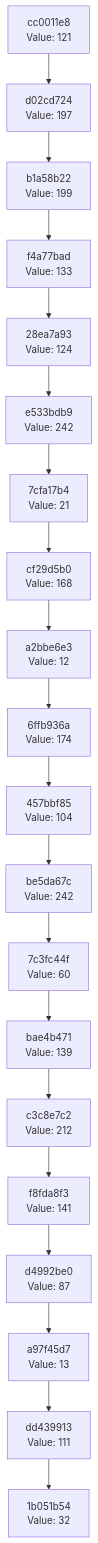
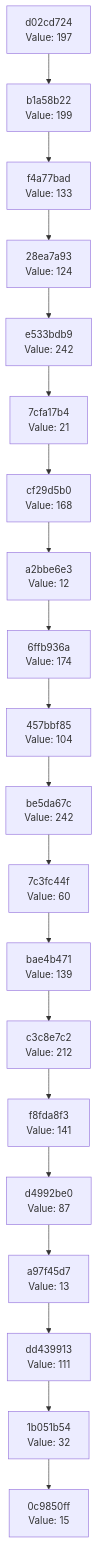
The diagram in docs/CHAIN_VISUALIZATION.md (Abhisheksinha1506/hash-chain-evolver), drawn with Mermaid before and after one commit. The commit also changed 2 other files, not shown here.

Commit message:
Evolution step: hash 0x0F → action executed

````diff
--- a/docs/CHAIN_VISUALIZATION.md
+++ b/docs/CHAIN_VISUALIZATION.md
@@ -3,42 +3,42 @@
 ```mermaid
 graph TD
-    C0["1b051b54<br/>Value: 32"]
-    C1["dd439913<br/>Value: 111"]
+    C0["0c9850ff<br/>Value: 15"]
+    C1["1b051b54<br/>Value: 32"]
     C1 --> C0
-    C2["a97f45d7<br/>Value: 13"]
+    C2["dd439913<br/>Value: 111"]
     C2 --> C1
-    C3["d4992be0<br/>Value: 87"]
+    C3["a97f45d7<br/>Value: 13"]
     C3 --> C2
-    C4["f8fda8f3<br/>Value: 141"]
+    C4["d4992be0<br/>Value: 87"]
     C4 --> C3
-    C5["c3c8e7c2<br/>Value: 212"]
+    C5["f8fda8f3<br/>Value: 141"]
     C5 --> C4
-    C6["bae4b471<br/>Value: 139"]
+    C6["c3c8e7c2<br/>Value: 212"]
     C6 --> C5
-    C7["7c3fc44f<br/>Value: 60"]
+    C7["bae4b471<br/>Value: 139"]
     C7 --> C6
-    C8["be5da67c<br/>Value: 242"]
+    C8["7c3fc44f<br/>Value: 60"]
     C8 --> C7
-    C9["457bbf85<br/>Value: 104"]
+    C9["be5da67c<br/>Value: 242"]
     C9 --> C8
-    C10["6ffb936a<br/>Value: 174"]
+    C10["457bbf85<br/>Value: 104"]
     C10 --> C9
-    C11["a2bbe6e3<br/>Value: 12"]
+    C11["6ffb936a<br/>Value: 174"]
     C11 --> C10
-    C12["cf29d5b0<br/>Value: 168"]
+    C12["a2bbe6e3<br/>Value: 12"]
     C12 --> C11
-    C13["7cfa17b4<br/>Value: 21"]
+    C13["cf29d5b0<br/>Value: 168"]
     C13 --> C12
-    C14["e533bdb9<br/>Value: 242"]
+    C14["7cfa17b4<br/>Value: 21"]
     C14 --> C13
-    C15["28ea7a93<br/>Value: 124"]
+    C15["e533bdb9<br/>Value: 242"]
     C15 --> C14
-    C16["f4a77bad<br/>Value: 133"]
+    C16["28ea7a93<br/>Value: 124"]
     C16 --> C15
-    C17["b1a58b22<br/>Value: 199"]
+    C17["f4a77bad<br/>Value: 133"]
     C17 --> C16
-    C18["d02cd724<br/>Value: 197"]
+    C18["b1a58b22<br/>Value: 199"]
     C18 --> C17
-    C19["cc0011e8<br/>Value: 121"]
+    C19["d02cd724<br/>Value: 197"]
     C19 --> C18
 ```
````
